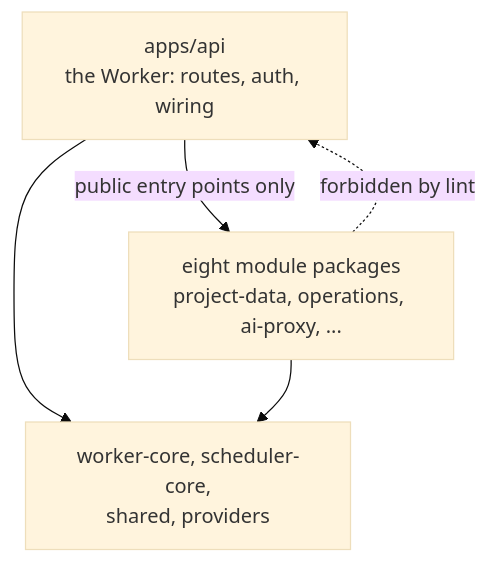
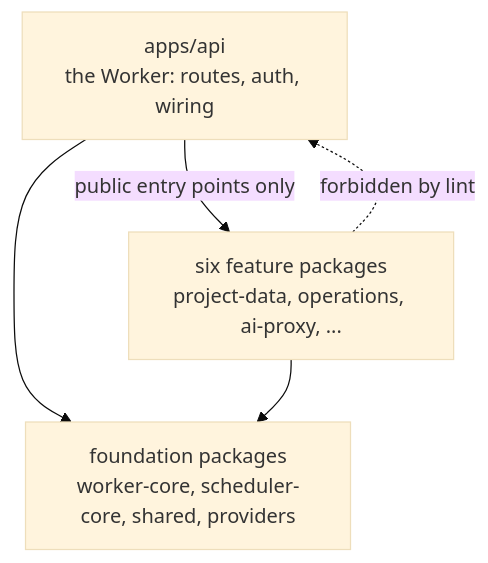
The diagram in apps/www/src/content/blog/sams-journal-splitting-the-worker.md (raphaeltm/simple-agent-manager), drawn with Mermaid (base theme) before and after one commit. The commit also changed other lines of this file, not shown here.

First line of the commit message:
docs(www): address accuracy review on the worker split post

````diff
--- a/apps/www/src/content/blog/sams-journal-splitting-the-worker.md
+++ b/apps/www/src/content/blog/sams-journal-splitting-the-worker.md
@@ -41,10 +41,10 @@
 ```mermaid
 flowchart TD
   API["apps/api<br/>the Worker: routes, auth, wiring"]
-  PKG["eight module packages<br/>project-data, operations, ai-proxy, ..."]
-  CORE["worker-core, scheduler-core,<br/>shared, providers"]
+  PKG["six feature packages<br/>project-data, operations, ai-proxy, ..."]
+  CORE["foundation packages<br/>worker-core, scheduler-core, shared, providers"]
   API -->|"public entry points only"| PKG
   API --> CORE
   PKG --> CORE
   PKG -.->|"forbidden by lint"| API
 ```
````
